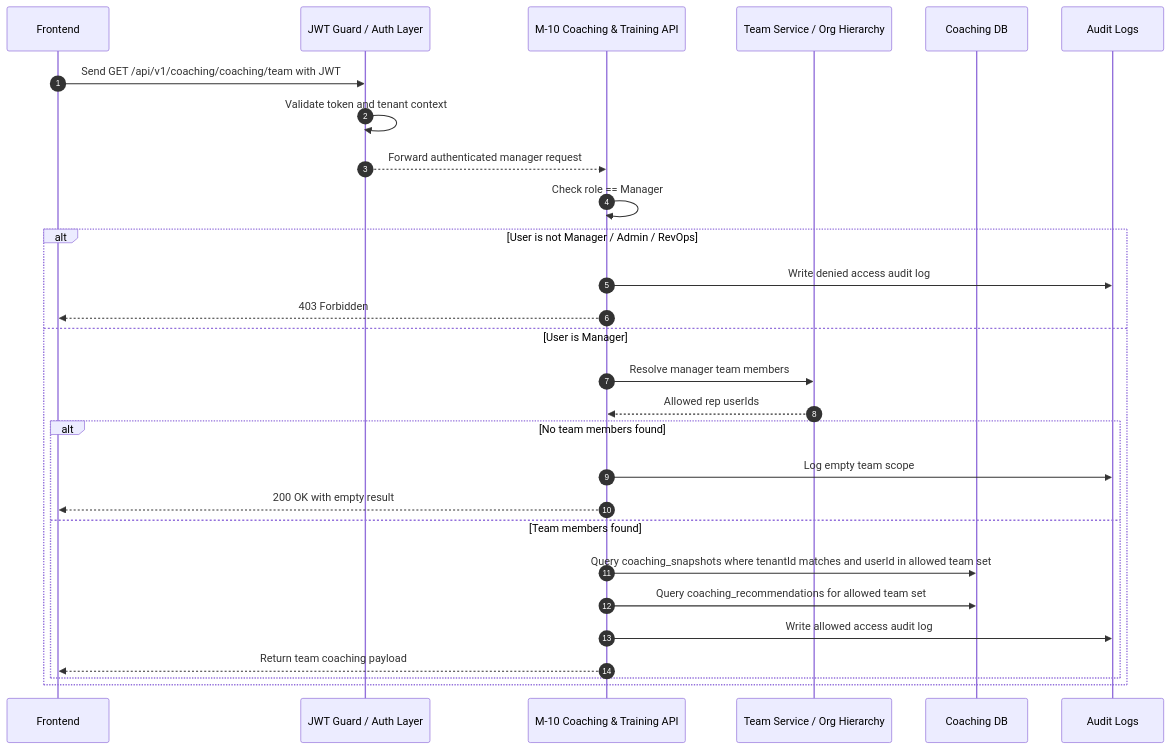
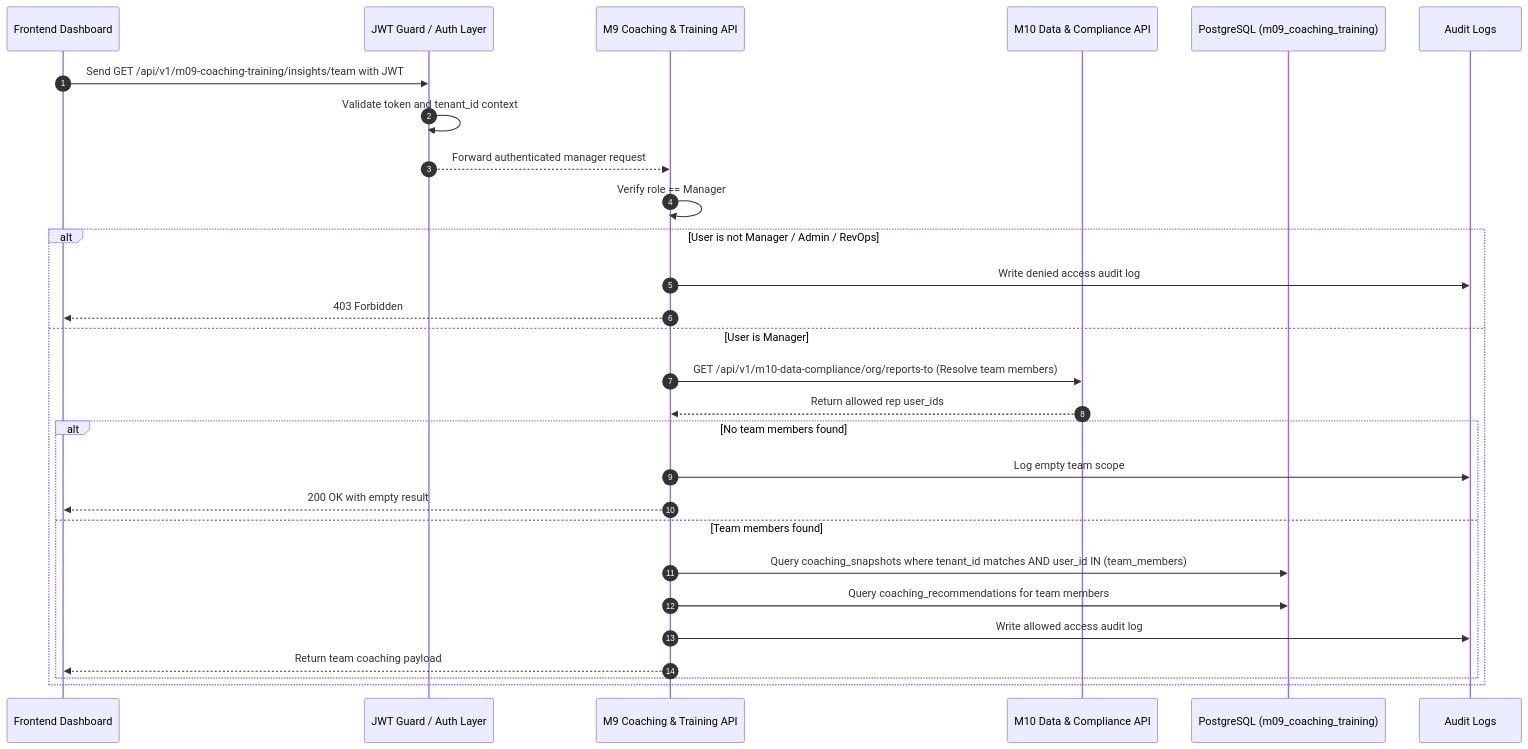
The second of 4 diagrams in Reference documents/M9 Coaching & Training/Sequence Diagrams-M9 flows.md (PoojaTiwari09/FB-and-RP-Fixes), drawn with Mermaid before and after one commit. The commit also changed other lines of this file and 79 other files, not shown here.

````diff
--- a/Reference documents/M9 Coaching & Training/Sequence Diagrams-M9 flows.md
+++ b/Reference documents/M9 Coaching & Training/Sequence Diagrams-M9 flows.md
@@ -108,32 +103,32 @@
 ```mermaid
 sequenceDiagram
     autonumber
-    participant UI as Frontend
+    participant UI as Frontend Dashboard
     participant AUTH as JWT Guard / Auth Layer
-    participant M10 as M-10 Coaching & Training API
-    participant TEAM as Team Service / Org Hierarchy
-    participant DB as Coaching DB
+    participant M09 as M9 Coaching & Training API
+    participant M10 as M10 Data & Compliance API
+    participant DB as PostgreSQL (m09_coaching_training)
     participant LOG as Audit Logs
 
-    UI->>AUTH: Send GET /api/v1/coaching/coaching/team with JWT
-    AUTH->>AUTH: Validate token and tenant context
-    AUTH-->>M10: Forward authenticated manager request
+    UI->>AUTH: Send GET /api/v1/m09-coaching-training/insights/team with JWT
+    AUTH->>AUTH: Validate token and tenant_id context
+    AUTH-->>M09: Forward authenticated manager request
 
-    M10->>M10: Check role == Manager
+    M09->>M09: Verify role == Manager
     alt User is not Manager / Admin / RevOps
-        M10->>LOG: Write denied access audit log
-        M10-->>UI: 403 Forbidden
+        M09->>LOG: Write denied access audit log
+        M09-->>UI: 403 Forbidden
     else User is Manager
-        M10->>TEAM: Resolve manager team members
-        TEAM-->>M10: Allowed rep userIds
+        M09->>M10: GET /api/v1/m10-data-compliance/org/reports-to (Resolve team members)
+        M10-->>M09: Return allowed rep user_ids
         alt No team members found
-            M10->>LOG: Log empty team scope
-            M10-->>UI: 200 OK with empty result
+            M09->>LOG: Log empty team scope
+            M09-->>UI: 200 OK with empty result
         else Team members found
-            M10->>DB: Query coaching_snapshots where tenantId matches and userId in allowed team set
-            M10->>DB: Query coaching_recommendations for allowed team set
-            M10->>LOG: Write allowed access audit log
-            M10-->>UI: Return team coaching payload
+            M09->>DB: Query coaching_snapshots where tenant_id matches AND user_id IN (team_members)
+            M09->>DB: Query coaching_recommendations for team members
+            M09->>LOG: Write allowed access audit log
+            M09-->>UI: Return team coaching payload
         end
     end
 ```
````
